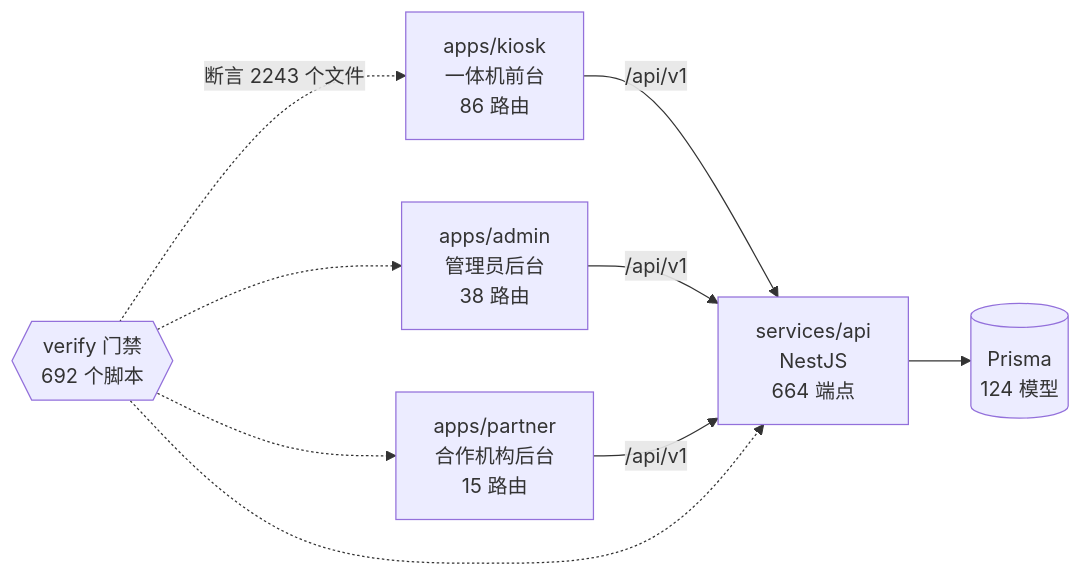
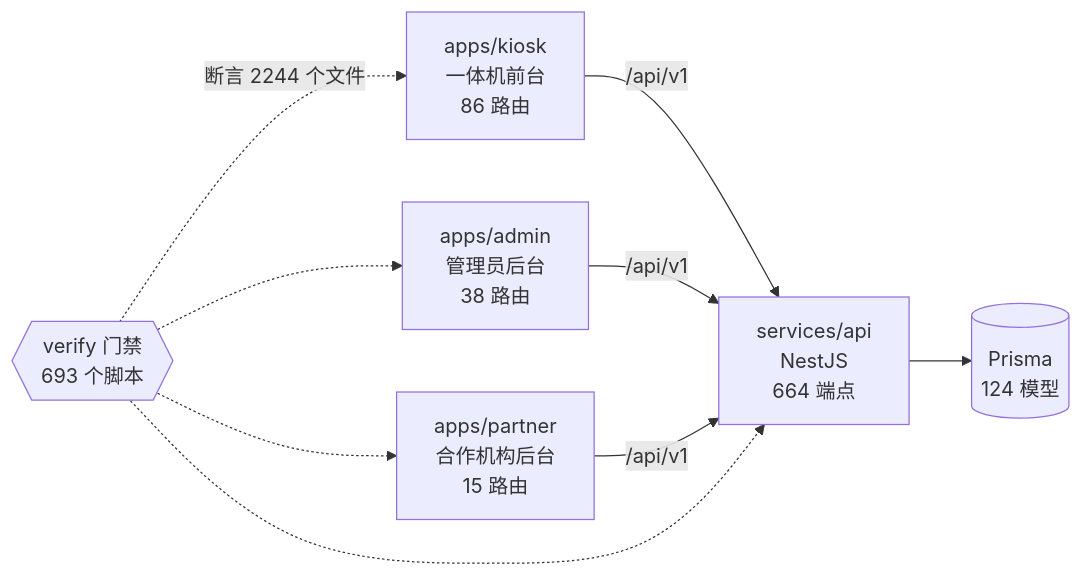
Before and after one commit to wanglei581/YITIJI: the diagram in docs/graph/README.md, drawn with Mermaid. The commit also changed other lines of this file and 3 other files, not shown here.

````diff
--- a/docs/graph/README.md
+++ b/docs/graph/README.md
@@ -68,18 +68,18 @@
 ```mermaid
 flowchart LR
   kiosk["apps/kiosk<br/>一体机前台<br/>86 路由"]
   admin["apps/admin<br/>管理员后台<br/>38 路由"]
   partner["apps/partner<br/>合作机构后台<br/>15 路由"]
   api["services/api<br/>NestJS<br/>664 端点"]
   db[("Prisma<br/>124 模型")]
-  gates{{"verify 门禁<br/>692 个脚本"}}
+  gates{{"verify 门禁<br/>693 个脚本"}}
 
   kiosk -->|"/api/v1"| api
   admin -->|"/api/v1"| api
   partner -->|"/api/v1"| api
   api --> db
-  gates -.->|"断言 2243 个文件"| kiosk
+  gates -.->|"断言 2244 个文件"| kiosk
   gates -.-> admin
   gates -.-> partner
   gates -.-> api
 ```
````
